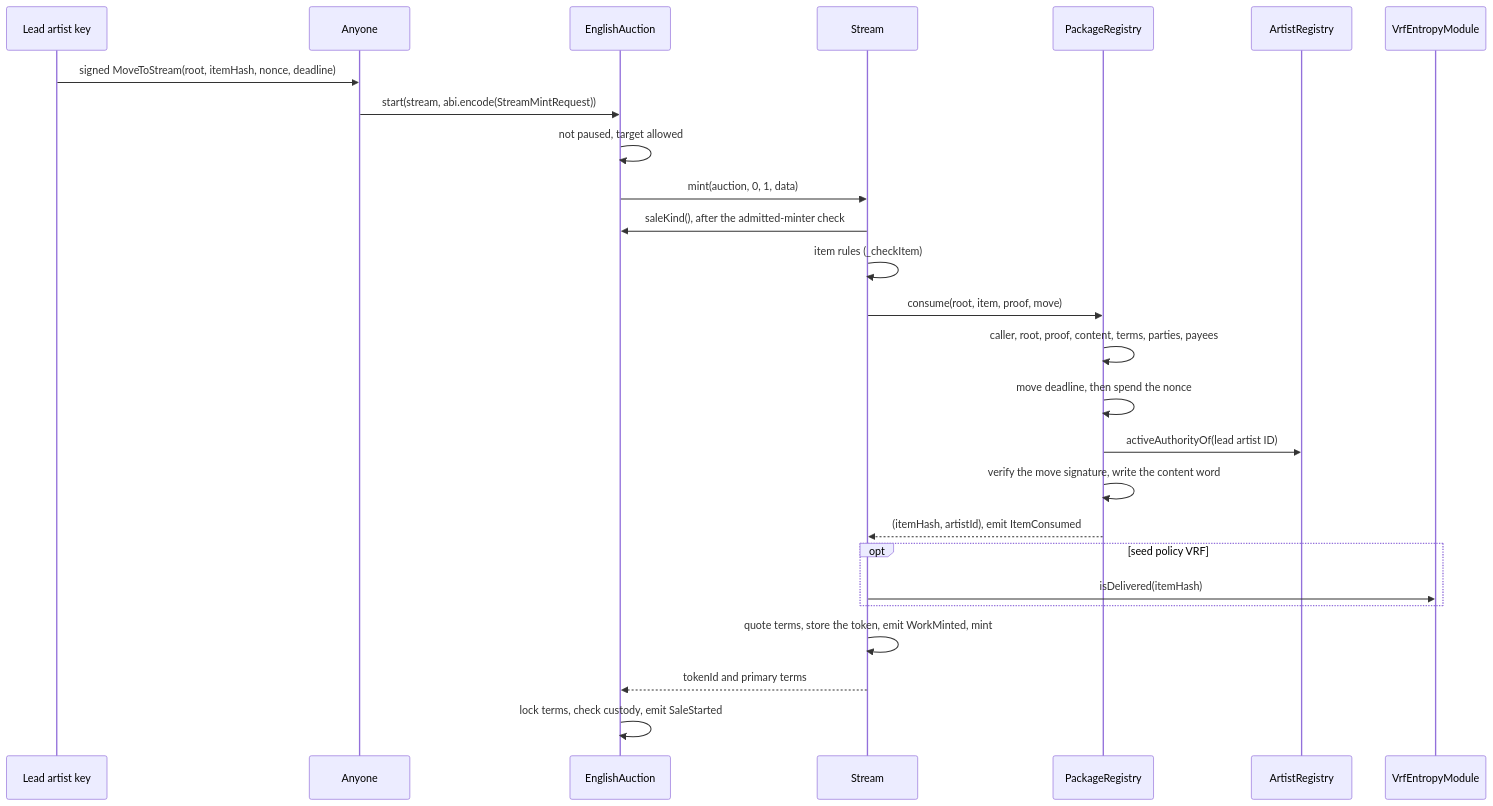
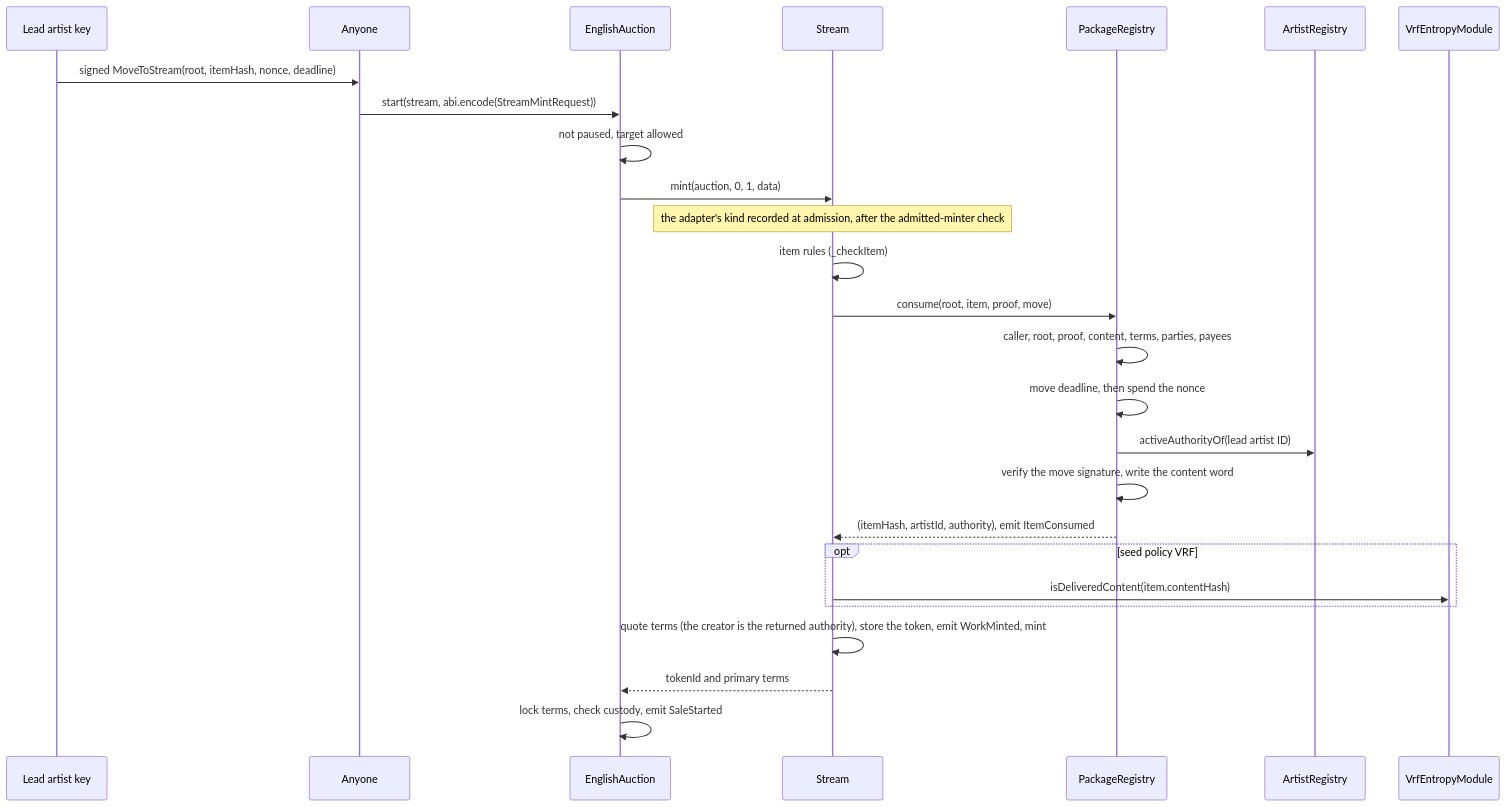
Before and after one commit to 6529-Collections/6529-works: the sixth of 8 diagrams in docs/spec/curation.md, drawn with Mermaid. The commit also changed other lines of this file and 52 other files, not shown here.

````diff
--- a/docs/spec/curation.md
+++ b/docs/spec/curation.md
@@ -297,28 +297,28 @@
 ```mermaid
 sequenceDiagram
     participant Lead as Lead artist key
     participant Anyone as Anyone
     participant Auction as EnglishAuction
     participant Stream as Stream
     participant Registry as PackageRegistry
     participant Artists as ArtistRegistry
     participant Entropy as VrfEntropyModule
     Lead->>Anyone: signed MoveToStream(root, itemHash, nonce, deadline)
     Anyone->>Auction: start(stream, abi.encode(StreamMintRequest))
     Auction->>Auction: not paused, target allowed
     Auction->>Stream: mint(auction, 0, 1, data)
-    Stream->>Auction: saleKind(), after the admitted-minter check
+    Note over Stream: the adapter's kind recorded at admission, after the admitted-minter check
     Stream->>Stream: item rules (_checkItem)
     Stream->>Registry: consume(root, item, proof, move)
     Registry->>Registry: caller, root, proof, content, terms, parties, payees
     Registry->>Registry: move deadline, then spend the nonce
     Registry->>Artists: activeAuthorityOf(lead artist ID)
     Registry->>Registry: verify the move signature, write the content word
-    Registry-->>Stream: (itemHash, artistId), emit ItemConsumed
+    Registry-->>Stream: (itemHash, artistId, authority), emit ItemConsumed
     opt seed policy VRF
-        Stream->>Entropy: isDelivered(itemHash)
+        Stream->>Entropy: isDeliveredContent(item.contentHash)
     end
-    Stream->>Stream: quote terms, store the token, emit WorkMinted, mint
+    Stream->>Stream: quote terms (the creator is the returned authority), store the token, emit WorkMinted, mint
     Stream-->>Auction: tokenId and primary terms
     Auction->>Auction: lock terms, check custody, emit SaleStarted
 ```
````
